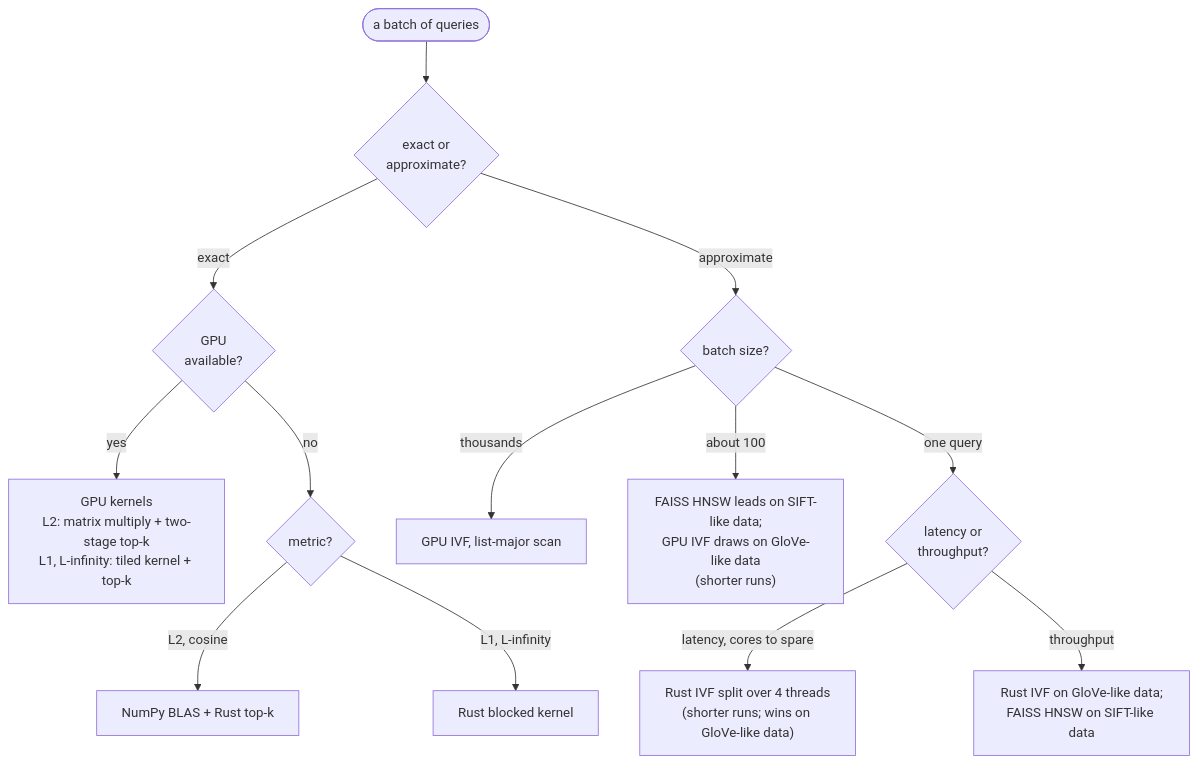
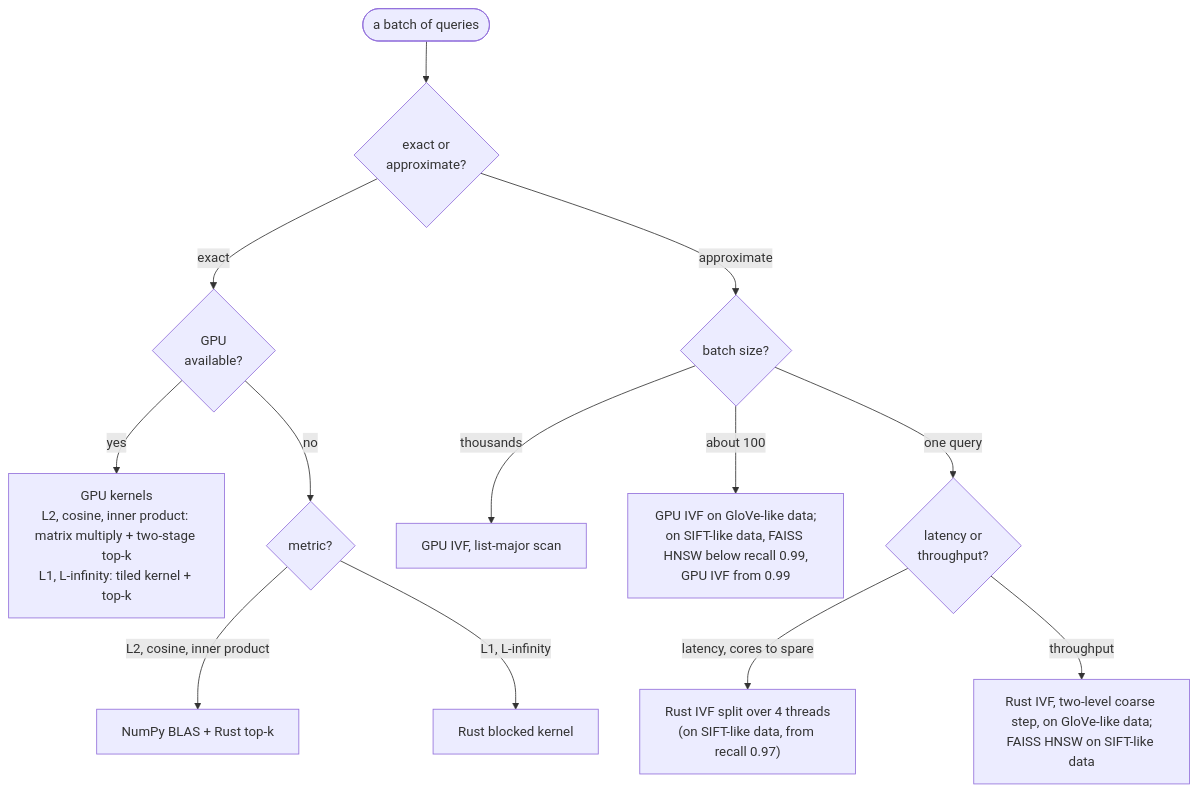
One commit to vglazer/siann changed the second of 4 diagrams in ARCHITECTURE.md. Above: the diagram before and after it, drawn with Mermaid. The commit also changed other lines of this file and 14 other files, not shown here.

````diff
--- a/ARCHITECTURE.md
+++ b/ARCHITECTURE.md
@@ -61,15 +55,15 @@
 ```mermaid
 flowchart TB
     q(["a batch of queries"]) --> kind{"exact or<br/>approximate?"}
     kind -- exact --> where{"GPU<br/>available?"}
-    where -- yes --> ge["GPU kernels<br/>L2: matrix multiply + two-stage top-k<br/>L1, L-infinity: tiled kernel + top-k"]
+    where -- yes --> ge["GPU kernels<br/>L2, cosine, inner product: matrix multiply + two-stage top-k<br/>L1, L-infinity: tiled kernel + top-k"]
     where -- no --> metric{"metric?"}
-    metric -- "L2, cosine" --> cb["NumPy BLAS + Rust top-k"]
+    metric -- "L2, cosine, inner product" --> cb["NumPy BLAS + Rust top-k"]
     metric -- "L1, L-infinity" --> cr["Rust blocked kernel"]
     kind -- approximate --> size{"batch size?"}
     size -- "thousands" --> gl["GPU IVF, list-major scan"]
-    size -- "about 100" --> hn["FAISS HNSW leads on SIFT-like data;<br/>GPU IVF draws on GloVe-like data<br/>(shorter runs)"]
+    size -- "about 100" --> hn["GPU IVF on GloVe-like data;<br/>on SIFT-like data, FAISS HNSW below recall 0.99,<br/>GPU IVF from 0.99"]
     size -- "one query" --> lat{"latency or<br/>throughput?"}
-    lat -- "latency, cores to spare" --> sp["Rust IVF split over 4 threads<br/>(shorter runs; wins on GloVe-like data)"]
-    lat -- throughput --> one["Rust IVF on GloVe-like data;<br/>FAISS HNSW on SIFT-like data"]
+    lat -- "latency, cores to spare" --> sp["Rust IVF split over 4 threads<br/>(on SIFT-like data, from recall 0.97)"]
+    lat -- throughput --> one["Rust IVF, two-level coarse step, on GloVe-like data;<br/>FAISS HNSW on SIFT-like data"]
 ```
````
